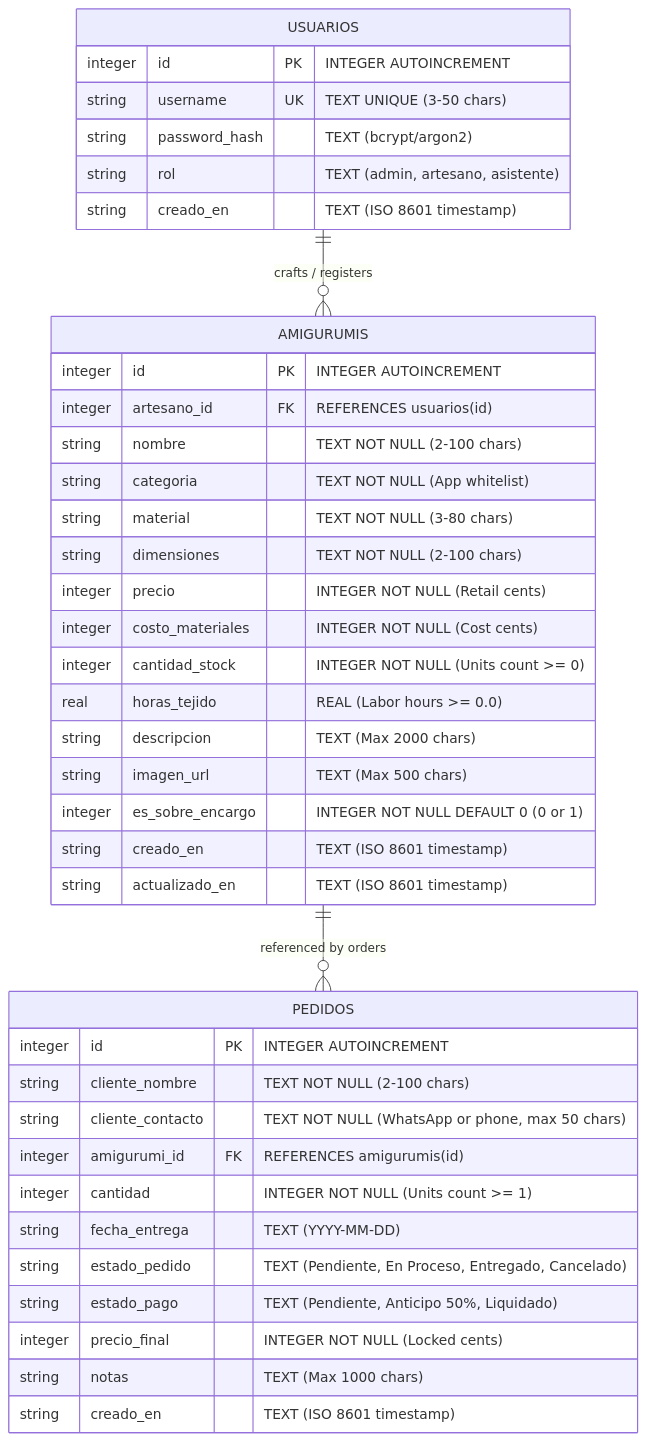
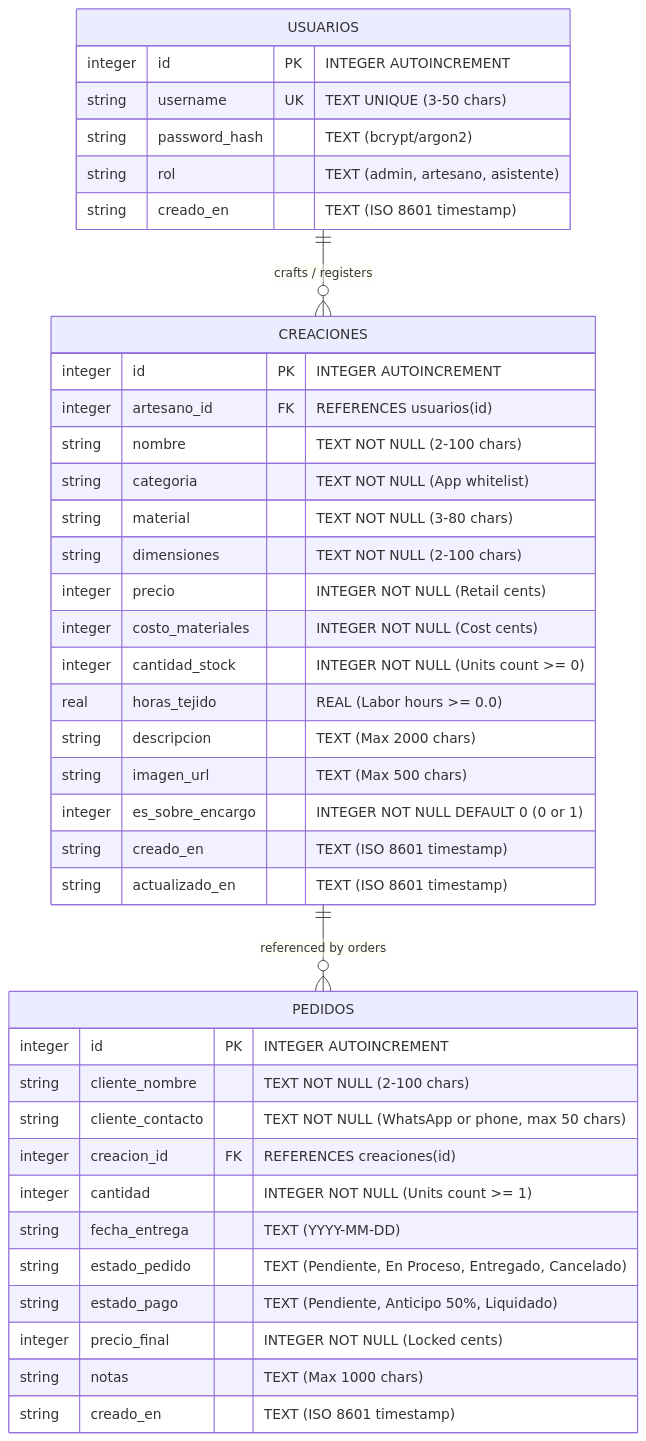
One commit to AngelKero/amigurumi-manager changed the diagram in docs/data-model.md. Above: the diagram before and after it, drawn with Mermaid. The commit also changed other lines of this file and 45 other files, not shown here.

Commit message:
refactor: rename amigurumi nomenclature to creaciones across modules, views, and components and add new creaciones management pages

````diff
--- a/docs/data-model.md
+++ b/docs/data-model.md
@@ -18,45 +18,45 @@
 ```mermaid
 erDiagram
     USUARIOS {
         integer id PK "INTEGER AUTOINCREMENT"
         string username UK "TEXT UNIQUE (3-50 chars)"
         string password_hash "TEXT (bcrypt/argon2)"
         string rol "TEXT (admin, artesano, asistente)"
         string creado_en "TEXT (ISO 8601 timestamp)"
     }
 
-    AMIGURUMIS {
+    CREACIONES {
         integer id PK "INTEGER AUTOINCREMENT"
         integer artesano_id FK "REFERENCES usuarios(id)"
         string nombre "TEXT NOT NULL (2-100 chars)"
         string categoria "TEXT NOT NULL (App whitelist)"
         string material "TEXT NOT NULL (3-80 chars)"
         string dimensiones "TEXT NOT NULL (2-100 chars)"
         integer precio "INTEGER NOT NULL (Retail cents)"
         integer costo_materiales "INTEGER NOT NULL (Cost cents)"
         integer cantidad_stock "INTEGER NOT NULL (Units count >= 0)"
         real horas_tejido "REAL (Labor hours >= 0.0)"
         string descripcion "TEXT (Max 2000 chars)"
         string imagen_url "TEXT (Max 500 chars)"
         integer es_sobre_encargo "INTEGER NOT NULL DEFAULT 0 (0 or 1)"
         string creado_en "TEXT (ISO 8601 timestamp)"
         string actualizado_en "TEXT (ISO 8601 timestamp)"
     }
 
     PEDIDOS {
         integer id PK "INTEGER AUTOINCREMENT"
         string cliente_nombre "TEXT NOT NULL (2-100 chars)"
         string cliente_contacto "TEXT NOT NULL (WhatsApp or phone, max 50 chars)"
-        integer amigurumi_id FK "REFERENCES amigurumis(id)"
+        integer creacion_id FK "REFERENCES creaciones(id)"
         integer cantidad "INTEGER NOT NULL (Units count >= 1)"
         string fecha_entrega "TEXT (YYYY-MM-DD)"
         string estado_pedido "TEXT (Pendiente, En Proceso, Entregado, Cancelado)"
         string estado_pago "TEXT (Pendiente, Anticipo 50%, Liquidado)"
         integer precio_final "INTEGER NOT NULL (Locked cents)"
         string notas "TEXT (Max 1000 chars)"
         string creado_en "TEXT (ISO 8601 timestamp)"
     }
 
-    USUARIOS ||--o{ AMIGURUMIS : "crafts / registers"
-    AMIGURUMIS ||--o{ PEDIDOS : "referenced by orders"
+    USUARIOS ||--o{ CREACIONES : "crafts / registers"
+    CREACIONES ||--o{ PEDIDOS : "referenced by orders"
 ```
````
